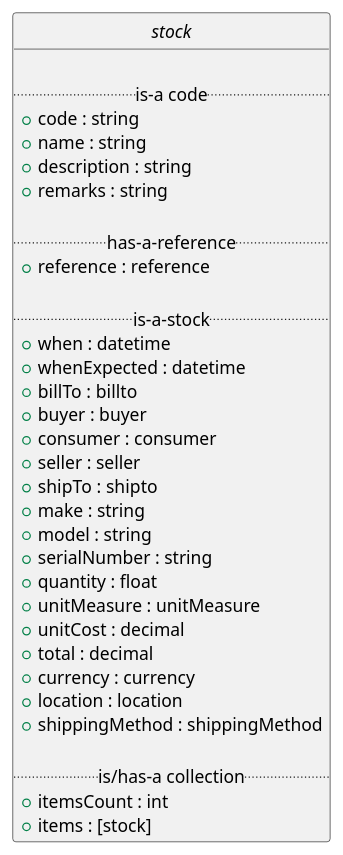
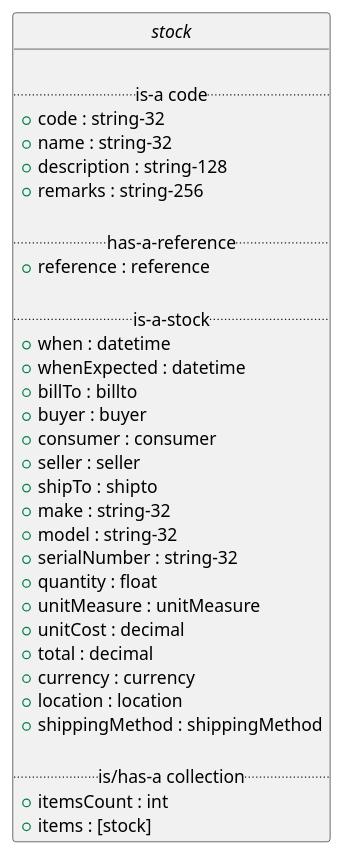
Before and after one commit to EciStg/order-placement: the second of 2 diagrams in stock/stock.org, drawn with PlantUML. The commit also changed other lines of this file and 8 other files, not shown here.

Commit message:
added string lengths to graphviz objects

```diff
--- a/stock/stock.org
+++ b/stock/stock.org
@@ -52,40 +52,40 @@
 #+BEGIN_SRC plantuml :file ../images/stock-class-diagram.puml.png :exports results
   @startuml
   hide circle
 
   interface stock {
 
   .. is-a code ..
-  {field} + code : string
-  {field} + name : string
-  {field} + description : string
-  {field} + remarks : string
+  {field} + code : string-32
+  {field} + name : string-32
+  {field} + description : string-128
+  {field} + remarks : string-256
 
   .. has-a-reference ..
   {field} + reference : reference
 
   .. is-a-stock ..
   {field} + when : datetime
   {field} + whenExpected : datetime
   {field} + billTo : billto
   {field} + buyer : buyer
   {field} + consumer : consumer
   {field} + seller : seller
   {field} + shipTo : shipto
-  {field} + make : string
-  {field} + model : string
-  {field} + serialNumber : string
+  {field} + make : string-32
+  {field} + model : string-32
+  {field} + serialNumber : string-32
   {field} + quantity : float
   {field} + unitMeasure : unitMeasure
   {field} + unitCost : decimal
   {field} + total : decimal
   {field} + currency : currency
   {field} + location : location
   {field} + shippingMethod : shippingMethod
 
   .. is/has-a collection ..
   {field} + itemsCount : int
   {field} + items : [stock]
   }
   @enduml
 #+END_SRC
```
